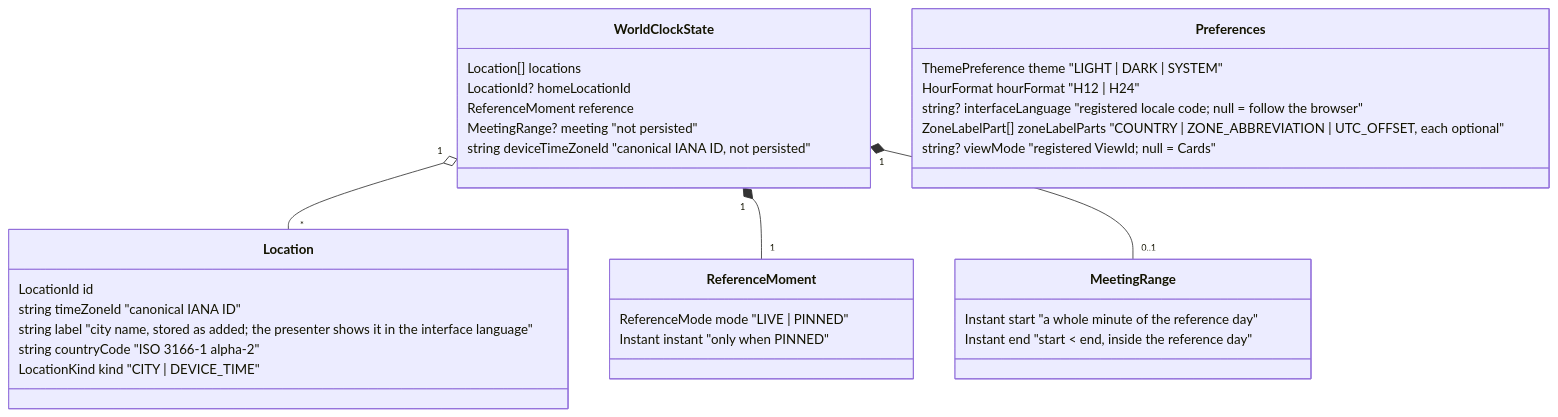
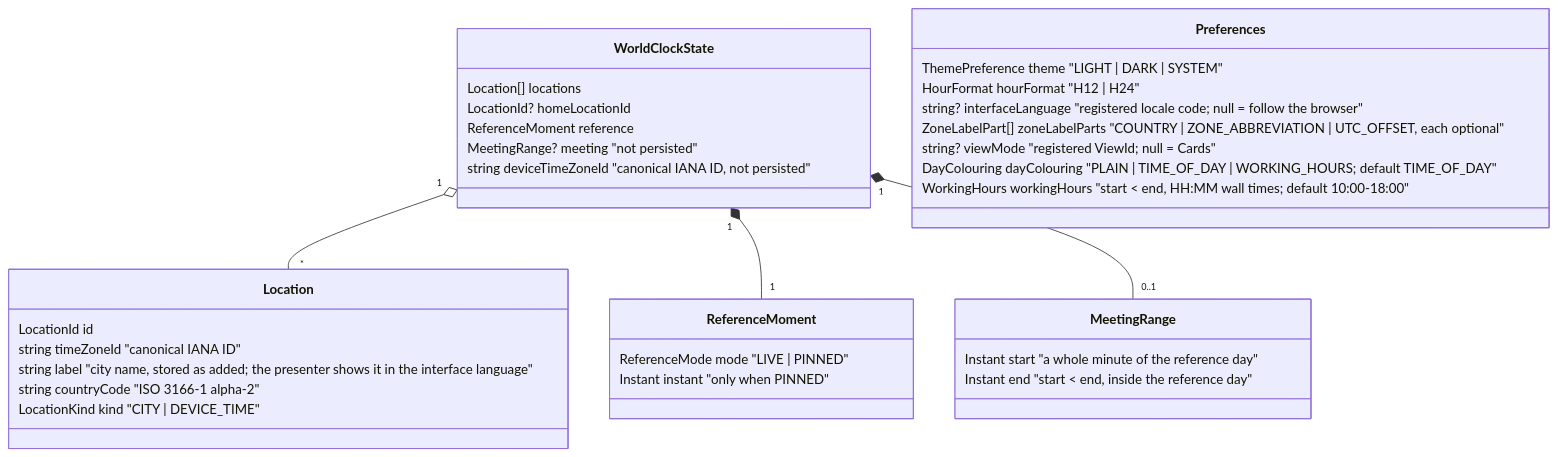
The first of 2 diagrams in docs/architecture/domain-model.md (oinsio/time-zones), drawn with Mermaid before and after one commit. The commit also changed other lines of this file and 194 other files, not shown here.

First line of the commit message:
Add day colouring setting with working hours (#133)

````diff
--- a/docs/architecture/domain-model.md
+++ b/docs/architecture/domain-model.md
@@ -7,35 +7,37 @@
 ```mermaid
 classDiagram
     class WorldClockState {
         Location[] locations
         LocationId? homeLocationId
         ReferenceMoment reference
         MeetingRange? meeting "not persisted"
         string deviceTimeZoneId "canonical IANA ID, not persisted"
     }
     class Location {
         LocationId id
         string timeZoneId  "canonical IANA ID"
         string label       "city name, stored as added; the presenter shows it in the interface language"
         string countryCode "ISO 3166-1 alpha-2"
         LocationKind kind  "CITY | DEVICE_TIME"
     }
     class ReferenceMoment {
         ReferenceMode mode  "LIVE | PINNED"
         Instant instant     "only when PINNED"
     }
     class MeetingRange {
         Instant start  "a whole minute of the reference day"
         Instant end    "start < end, inside the reference day"
     }
     class Preferences {
         ThemePreference theme  "LIGHT | DARK | SYSTEM"
         HourFormat hourFormat  "H12 | H24"
         string? interfaceLanguage "registered locale code; null = follow the browser"
         ZoneLabelPart[] zoneLabelParts "COUNTRY | ZONE_ABBREVIATION | UTC_OFFSET, each optional"
         string? viewMode       "registered ViewId; null = Cards"
+        DayColouring dayColouring "PLAIN | TIME_OF_DAY | WORKING_HOURS; default TIME_OF_DAY"
+        WorkingHours workingHours "start < end, HH:MM wall times; default 10:00-18:00"
     }
     WorldClockState "1" o-- "*" Location
     WorldClockState "1" *-- "1" ReferenceMoment
     WorldClockState "1" *-- "0..1" MeetingRange
 ```
````
